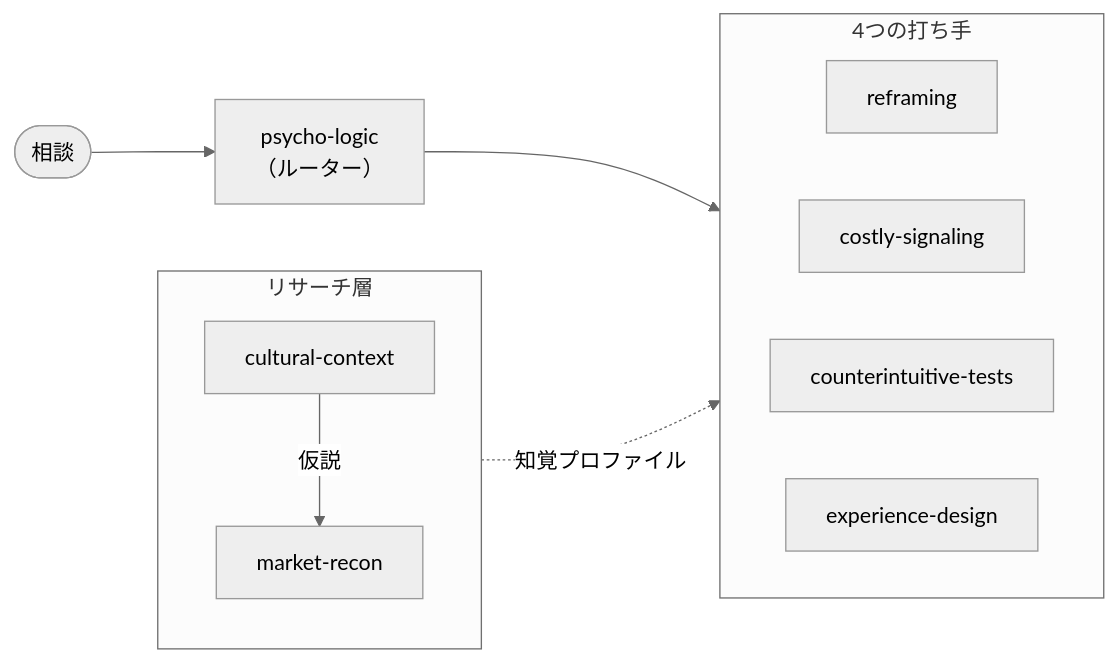
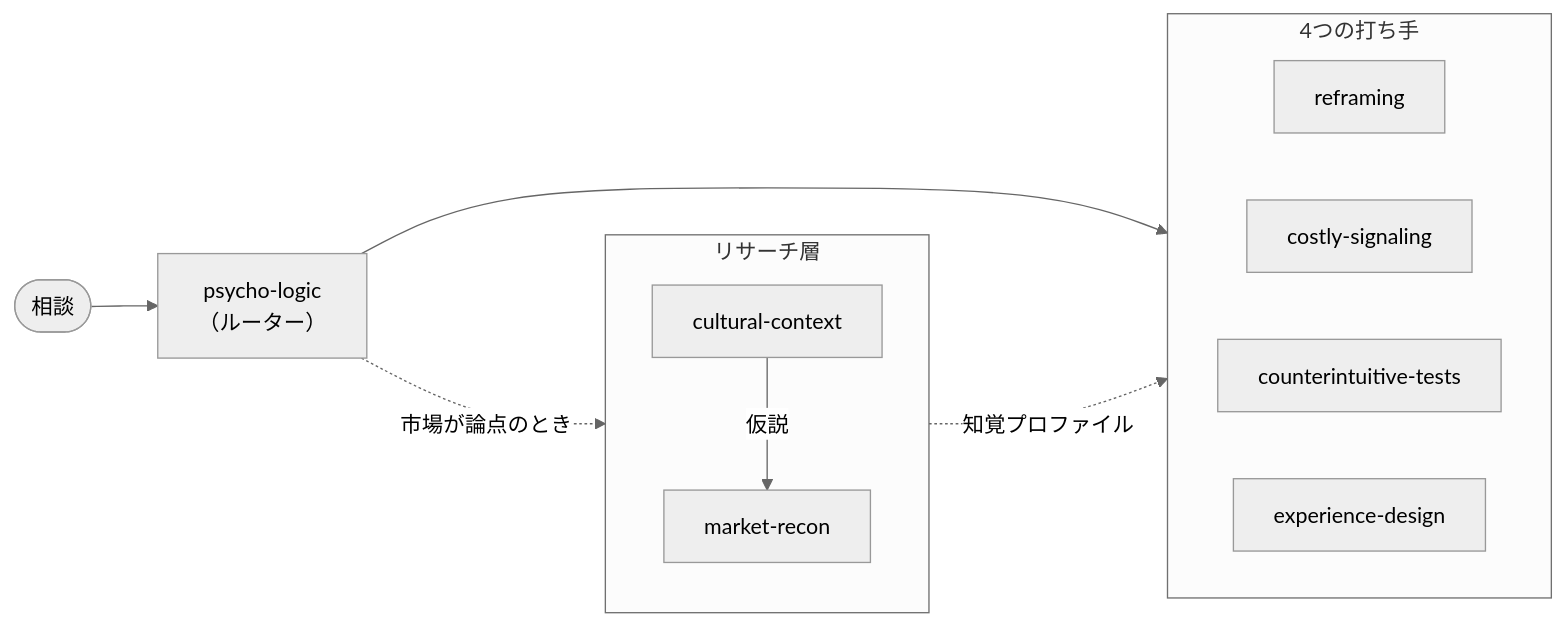
The diagram in README.ja.md (meikocho1/alchemy-marketing-skills), drawn with Mermaid (neutral theme) before and after one commit. The commit also changed other lines of this file and 21 other files, not shown here.

````diff
--- a/README.ja.md
+++ b/README.ja.md
@@ -24,17 +24,18 @@
 ```mermaid
 flowchart LR
     P([相談]) --> PL["psycho-logic<br/>（ルーター）"]
     subgraph moves [4つの打ち手]
         direction LR
         RF[reframing]
         CS[costly-signaling]
         CT[counterintuitive-tests]
         ED[experience-design]
     end
     subgraph research [リサーチ層]
         direction TB
         CC[cultural-context] -->|仮説| MR[market-recon]
     end
     PL --> moves
+    PL -.->|市場が論点のとき| research
     research -.->|知覚プロファイル| moves
 ```
````
